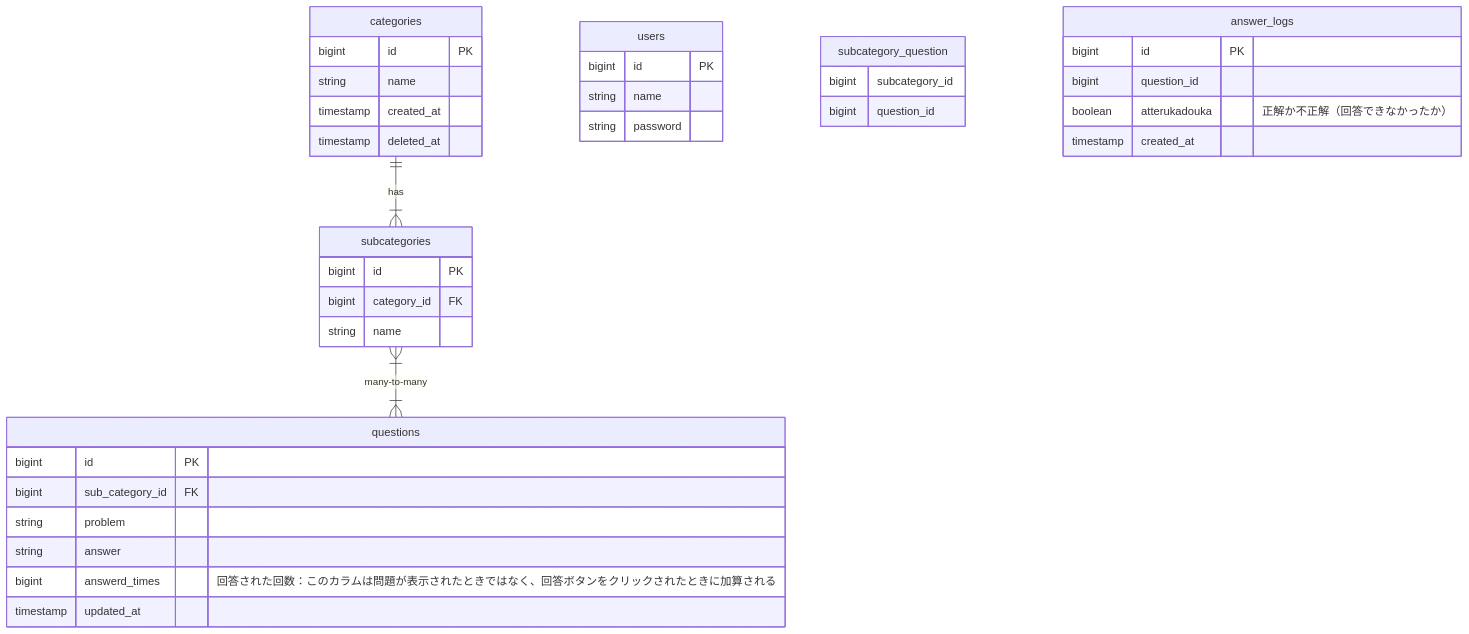
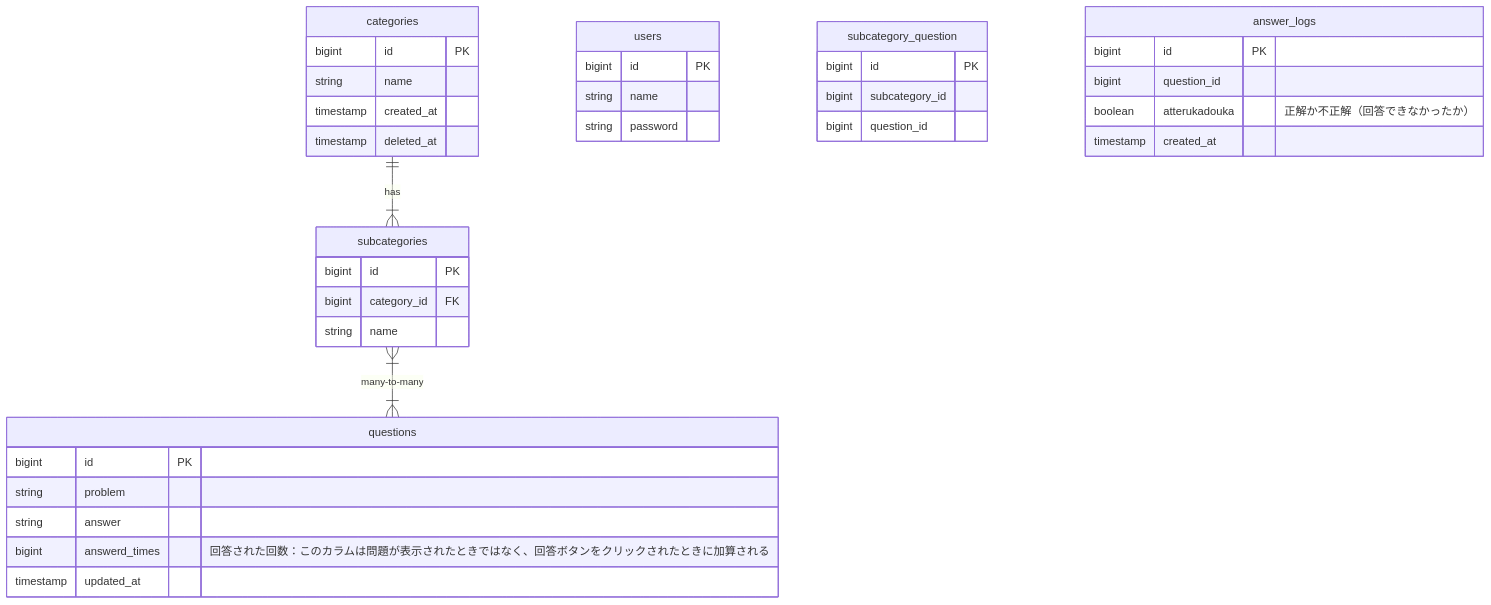
Before and after one commit to sora-okinawa/question_app: the diagram in erDiagram.md, drawn with Mermaid.

Commit message:
fix: subcategory_question

`````diff
--- a/erDiagram.md
+++ b/erDiagram.md
@@ -1,65 +1,65 @@
 ```mermaid
 erDiagram
 
     categories ||--|{ subcategories : "has"
 
     subcategories }|--|{ questions : "many-to-many"
 
     users {
         bigint id PK
         string name
         string password
     }
 
     %% ログインさえできればよいのでusersとcategoriesはひもづけない
 
     categories {
         bigint id PK
         string name 
         timestamp created_at
         timestamp deleted_at
     }
 
     %% カテゴリ名の変更、カテゴリの削除は管理者でも不可。名称の変更と削除はする必要がないため。
 
     %% ex)math.statistics, math.sequence
     %% ex)chemistry.organics
     %% ex)php
     
     subcategories {
         bigint id PK
         bigint category_id FK
         string name
     }
 
     %% ex)
 
     questions {
         bigint id PK
-        bigint sub_category_id FK
         string problem
         string answer
         bigint answerd_times "回答された回数：このカラムは問題が表示されたときではなく、回答ボタンをクリックされたときに加算される"
         timestamp updated_at
     }
 
     subcategory_question {
+        bigint id PK
         bigint subcategory_id
         bigint question_id
     }
 
     %% questinの編集、削除はadminのrole
 
     answer_logs {
         bigint id PK
         bigint question_id 
         boolean atterukadouka "正解か不正解（回答できなかったか）"
         timestamp created_at
     }
     %% answer_logsを使用して、回答することができなかった問題で絞り込んで出題する。
     %% answer_logsから苦手なsub_category, categoryを分析する。
     %% answer_logsから、直近1ヶ月以上前に回答してかつ、間違えた回数が3回以上のもので絞り込んで出題する。
 
 
 
 ````
`````
